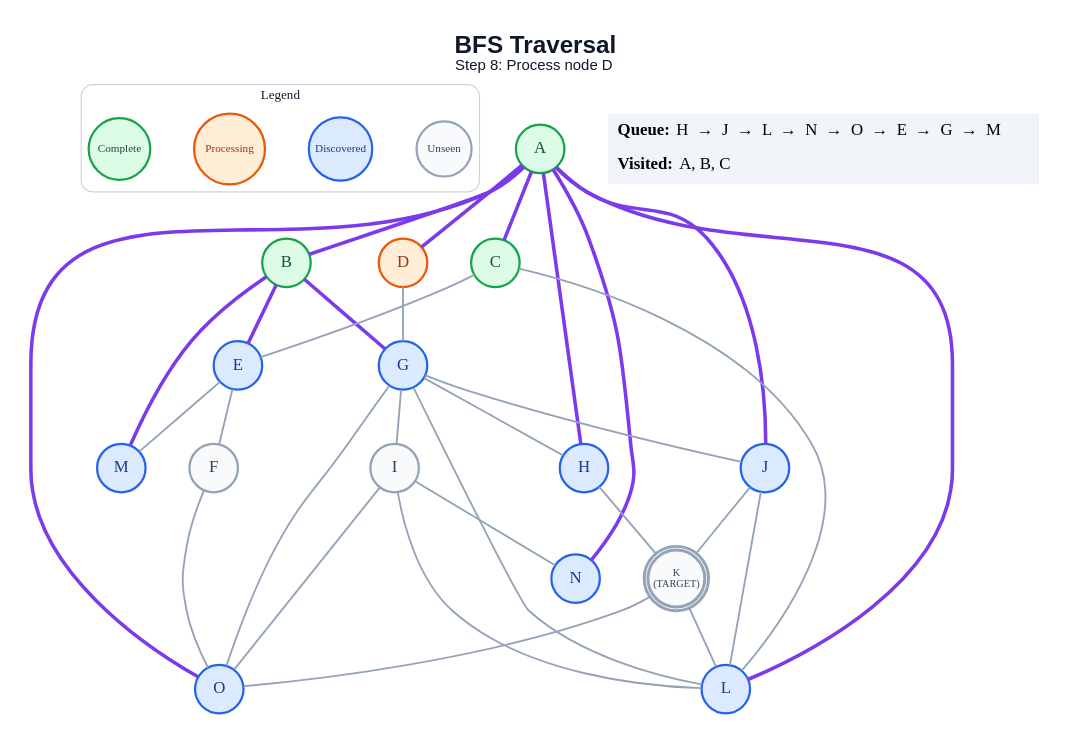
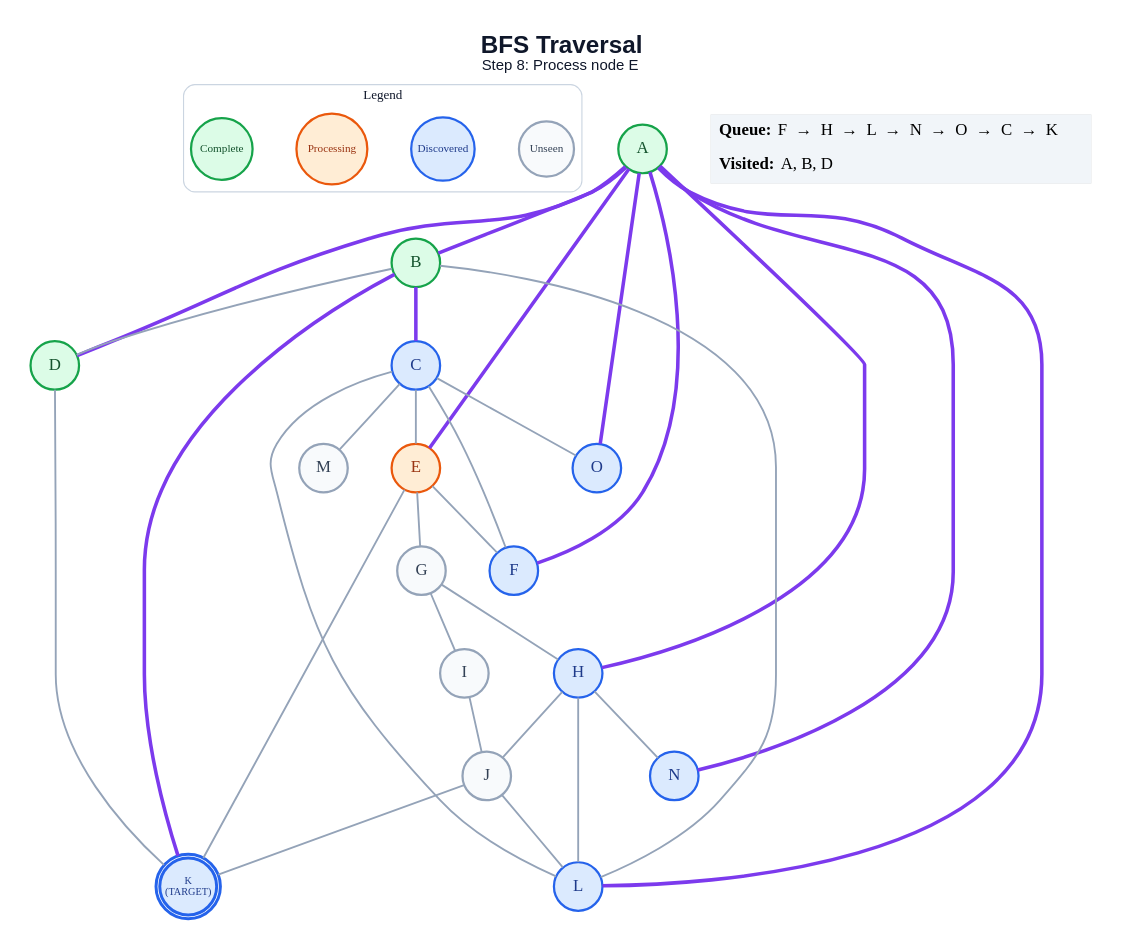
Before and after one commit to anon7238593-create/ai-slop: the diagram in generated/specific-node/bfs/step_08.dot, drawn with Graphviz. The commit also changed 293 other files, not shown here.

```diff
--- a/generated/specific-node/bfs/step_08.dot
+++ b/generated/specific-node/bfs/step_08.dot
@@ -1,64 +1,63 @@
 graph traversal {
   graph [layout=dot, rankdir=TB, bgcolor="#FFFFFF", pad="0.35", nodesep="0.65", ranksep="0.8", fontname="Arial"];
   node [shape=circle, style="filled", fontname="Arial Bold", fontsize=18, width=0.72, fixedsize=true, penwidth=2.4];
   edge [color="#94A3B8", penwidth=2.0];
-  label=<<B>BFS Traversal</B><BR/><FONT POINT-SIZE="16">Step 8: Process node D</FONT>>; labelloc="t"; fontsize=26; fontname="Arial"; fontcolor="#0F172A";
+  label=<<B>BFS Traversal</B><BR/><FONT POINT-SIZE="16">Step 8: Process node E</FONT>>; labelloc="t"; fontsize=26; fontname="Arial"; fontcolor="#0F172A";
   subgraph cluster_legend { label="Legend"; color="#CBD5E1"; penwidth=1.2; style="rounded"; fontsize=14; fontname="Arial Bold";
     key_unseen [label="Unseen", fillcolor="#F8FAFC", color="#94A3B8", fontcolor="#334155", fontsize=12, width=0.82];
     key_frontier [label="Discovered", fillcolor="#DBEAFE", color="#2563EB", fontcolor="#1E3A8A", fontsize=12, width=0.95];
     key_current [label="Processing", fillcolor="#FFEDD5", color="#EA580C", fontcolor="#9A3412", fontsize=12, width=1.05];
     key_done [label="Complete", fillcolor="#DCFCE7", color="#16A34A", fontcolor="#14532D", fontsize=12, width=0.92];
     { rank=same; key_unseen; key_frontier; key_current; key_done; }
   }
   A [label="A", fillcolor="#DCFCE7", color="#16A34A", fontcolor="#14532D", peripheries=1, penwidth=2.4];
   B [label="B", fillcolor="#DCFCE7", color="#16A34A", fontcolor="#14532D", peripheries=1, penwidth=2.4];
-  C [label="C", fillcolor="#DCFCE7", color="#16A34A", fontcolor="#14532D", peripheries=1, penwidth=2.4];
-  D [label="D", fillcolor="#FFEDD5", color="#EA580C", fontcolor="#9A3412", peripheries=1, penwidth=2.4];
-  E [label="E", fillcolor="#DBEAFE", color="#2563EB", fontcolor="#1E3A8A", peripheries=1, penwidth=2.4];
-  F [label="F", fillcolor="#F8FAFC", color="#94A3B8", fontcolor="#334155", peripheries=1, penwidth=2.4];
-  G [label="G", fillcolor="#DBEAFE", color="#2563EB", fontcolor="#1E3A8A", peripheries=1, penwidth=2.4];
+  C [label="C", fillcolor="#DBEAFE", color="#2563EB", fontcolor="#1E3A8A", peripheries=1, penwidth=2.4];
+  D [label="D", fillcolor="#DCFCE7", color="#16A34A", fontcolor="#14532D", peripheries=1, penwidth=2.4];
+  E [label="E", fillcolor="#FFEDD5", color="#EA580C", fontcolor="#9A3412", peripheries=1, penwidth=2.4];
+  F [label="F", fillcolor="#DBEAFE", color="#2563EB", fontcolor="#1E3A8A", peripheries=1, penwidth=2.4];
+  G [label="G", fillcolor="#F8FAFC", color="#94A3B8", fontcolor="#334155", peripheries=1, penwidth=2.4];
   H [label="H", fillcolor="#DBEAFE", color="#2563EB", fontcolor="#1E3A8A", peripheries=1, penwidth=2.4];
   I [label="I", fillcolor="#F8FAFC", color="#94A3B8", fontcolor="#334155", peripheries=1, penwidth=2.4];
-  J [label="J", fillcolor="#DBEAFE", color="#2563EB", fontcolor="#1E3A8A", peripheries=1, penwidth=2.4];
-  K [label="K\n(TARGET)", fillcolor="#F8FAFC", color="#94A3B8", fontcolor="#334155", peripheries=2, penwidth=3.2, fontsize=11, width=0.85, height=0.85];
+  J [label="J", fillcolor="#F8FAFC", color="#94A3B8", fontcolor="#334155", peripheries=1, penwidth=2.4];
+  K [label="K\n(TARGET)", fillcolor="#DBEAFE", color="#2563EB", fontcolor="#1E3A8A", peripheries=2, penwidth=3.2, fontsize=11, width=0.85, height=0.85];
   L [label="L", fillcolor="#DBEAFE", color="#2563EB", fontcolor="#1E3A8A", peripheries=1, penwidth=2.4];
-  M [label="M", fillcolor="#DBEAFE", color="#2563EB", fontcolor="#1E3A8A", peripheries=1, penwidth=2.4];
+  M [label="M", fillcolor="#F8FAFC", color="#94A3B8", fontcolor="#334155", peripheries=1, penwidth=2.4];
   N [label="N", fillcolor="#DBEAFE", color="#2563EB", fontcolor="#1E3A8A", peripheries=1, penwidth=2.4];
   O [label="O", fillcolor="#DBEAFE", color="#2563EB", fontcolor="#1E3A8A", peripheries=1, penwidth=2.4];
   A -- B [color="#7C3AED", penwidth=3.8];
-  A -- C [color="#7C3AED", penwidth=3.8];
   A -- D [color="#7C3AED", penwidth=3.8];
+  A -- E [color="#7C3AED", penwidth=3.8];
+  A -- F [color="#7C3AED", penwidth=3.8];
   A -- H [color="#7C3AED", penwidth=3.8];
-  A -- J [color="#7C3AED", penwidth=3.8];
   A -- L [color="#7C3AED", penwidth=3.8];
   A -- N [color="#7C3AED", penwidth=3.8];
   A -- O [color="#7C3AED", penwidth=3.8];
-  B -- E [color="#7C3AED", penwidth=3.8];
-  B -- G [color="#7C3AED", penwidth=3.8];
-  B -- M [color="#7C3AED", penwidth=3.8];
+  B -- C [color="#7C3AED", penwidth=3.8];
+  B -- D;
+  B -- K [color="#7C3AED", penwidth=3.8];
+  B -- L;
   C -- E;
+  C -- F;
   C -- L;
-  D -- G;
+  C -- M;
+  C -- O;
+  D -- K;
   E -- F;
-  E -- M;
-  F -- O;
+  E -- G;
+  E -- K;
   G -- H;
   G -- I;
-  G -- J;
-  G -- L;
-  G -- O;
-  H -- K;
-  I -- L;
-  I -- N;
-  I -- O;
+  H -- J;
+  H -- L;
+  H -- N;
+  I -- J;
   J -- K;
   J -- L;
-  K -- L;
-  K -- O;
   status [shape=plain, fixedsize=false, width=0, height=0, margin=0, label=<
     <TABLE BORDER="0" CELLBORDER="0" CELLPADDING="7" BGCOLOR="#F1F5F9">
-      <TR><TD ALIGN="LEFT"><B>Queue:</B> H  →  J  →  L  →  N  →  O  →  E  →  G  →  M</TD></TR>
-      <TR><TD ALIGN="LEFT"><B>Visited:</B> A, B, C</TD></TR>
+      <TR><TD ALIGN="LEFT"><B>Queue:</B> F  →  H  →  L  →  N  →  O  →  C  →  K</TD></TR>
+      <TR><TD ALIGN="LEFT"><B>Visited:</B> A, B, D</TD></TR>
     </TABLE>
   >];
 }
```
